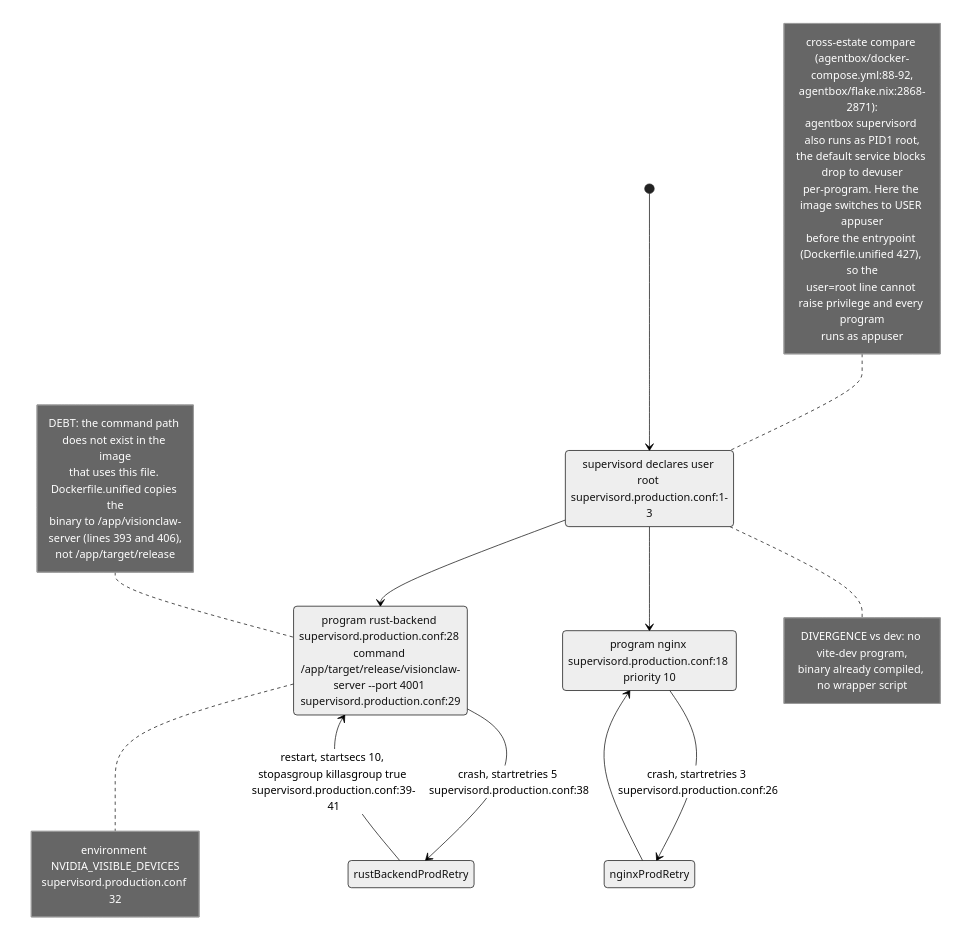
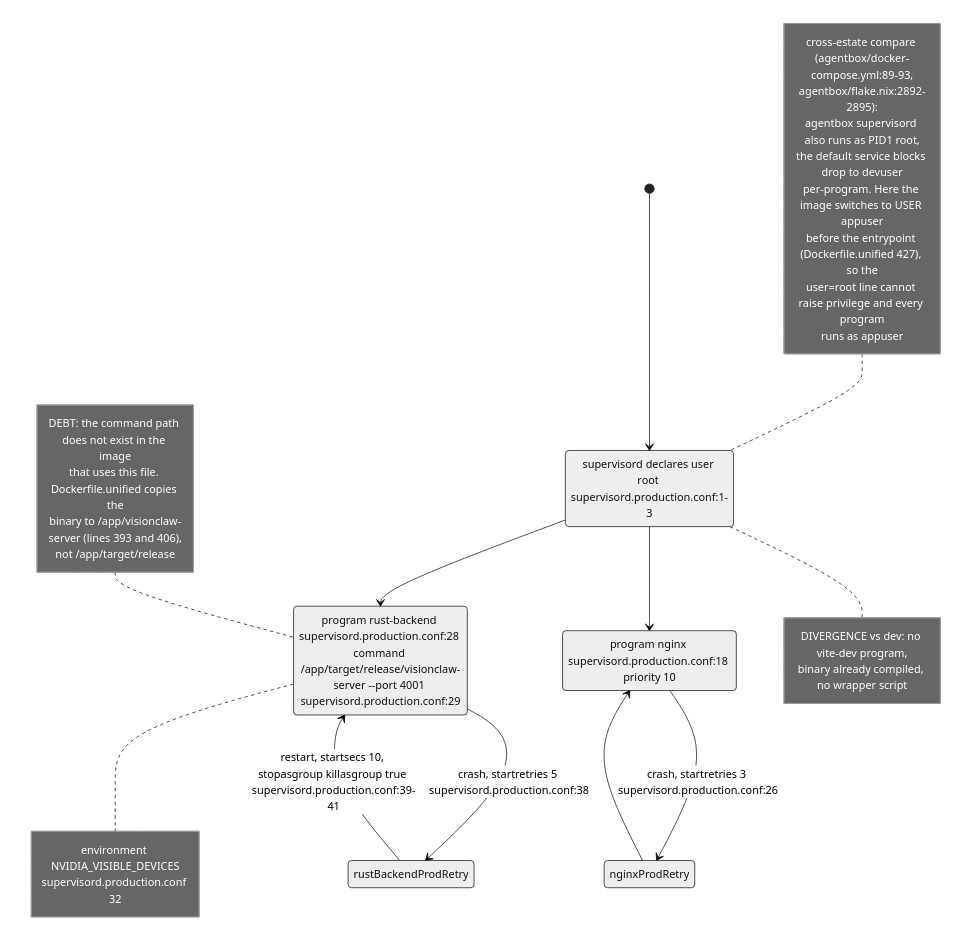
Before and after one commit to DreamLab-AI/VisionFlow: the seventh of 24 diagrams in docs/diagrams/estate/09-build-deploy-and-ci-estate.md, drawn with Mermaid (neutral theme). The commit also changed other lines of this file and 5 other files, not shown here.

````diff
--- a/docs/diagrams/estate/09-build-deploy-and-ci-estate.md
+++ b/docs/diagrams/estate/09-build-deploy-and-ci-estate.md
@@ -279,39 +279,39 @@
 ```mermaid
 stateDiagram-v2
     [*] --> supervisordRootProd
     supervisordRootProd: supervisord declares user root supervisord.production.conf:1-3
     supervisordRootProd --> nginxProd
     supervisordRootProd --> rustBackendProd
 
     nginxProd: program nginx supervisord.production.conf:18 priority 10
     rustBackendProd: program rust-backend supervisord.production.conf:28 command /app/target/release/visionclaw-server --port 4001 supervisord.production.conf:29
 
     rustBackendProd --> rustBackendProdRetry: crash, startretries 5 supervisord.production.conf:38
     rustBackendProdRetry --> rustBackendProd: restart, startsecs 10, stopasgroup killasgroup true supervisord.production.conf:39-41
     nginxProd --> nginxProdRetry: crash, startretries 3 supervisord.production.conf:26
     nginxProdRetry --> nginxProd
 
     note right of rustBackendProd
         environment NVIDIA_VISIBLE_DEVICES
         supervisord.production.conf 32
     end note
     note right of supervisordRootProd
         DIVERGENCE vs dev: no vite-dev program,
         binary already compiled, no wrapper script
     end note
     note left of supervisordRootProd
-        cross-estate compare (agentbox/docker-compose.yml:88-92,<br/>agentbox/flake.nix:2868-2871):
+        cross-estate compare (agentbox/docker-compose.yml:89-93,<br/>agentbox/flake.nix:2892-2895):
         agentbox supervisord also runs as PID1 root,
         the default service blocks drop to devuser
         per-program. Here the image switches to USER appuser
         before the entrypoint (Dockerfile.unified 427), so the
         user=root line cannot raise privilege and every program
         runs as appuser
     end note
     note left of rustBackendProd
         DEBT: the command path does not exist in the image
         that uses this file. Dockerfile.unified copies the
         binary to /app/visionclaw-server (lines 393 and 406),
         not /app/target/release
     end note
 ```
````
